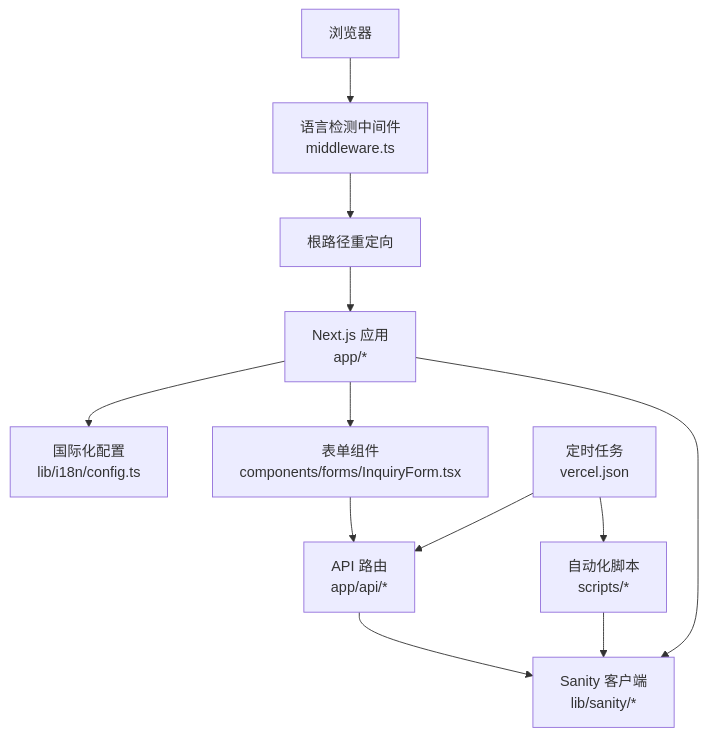
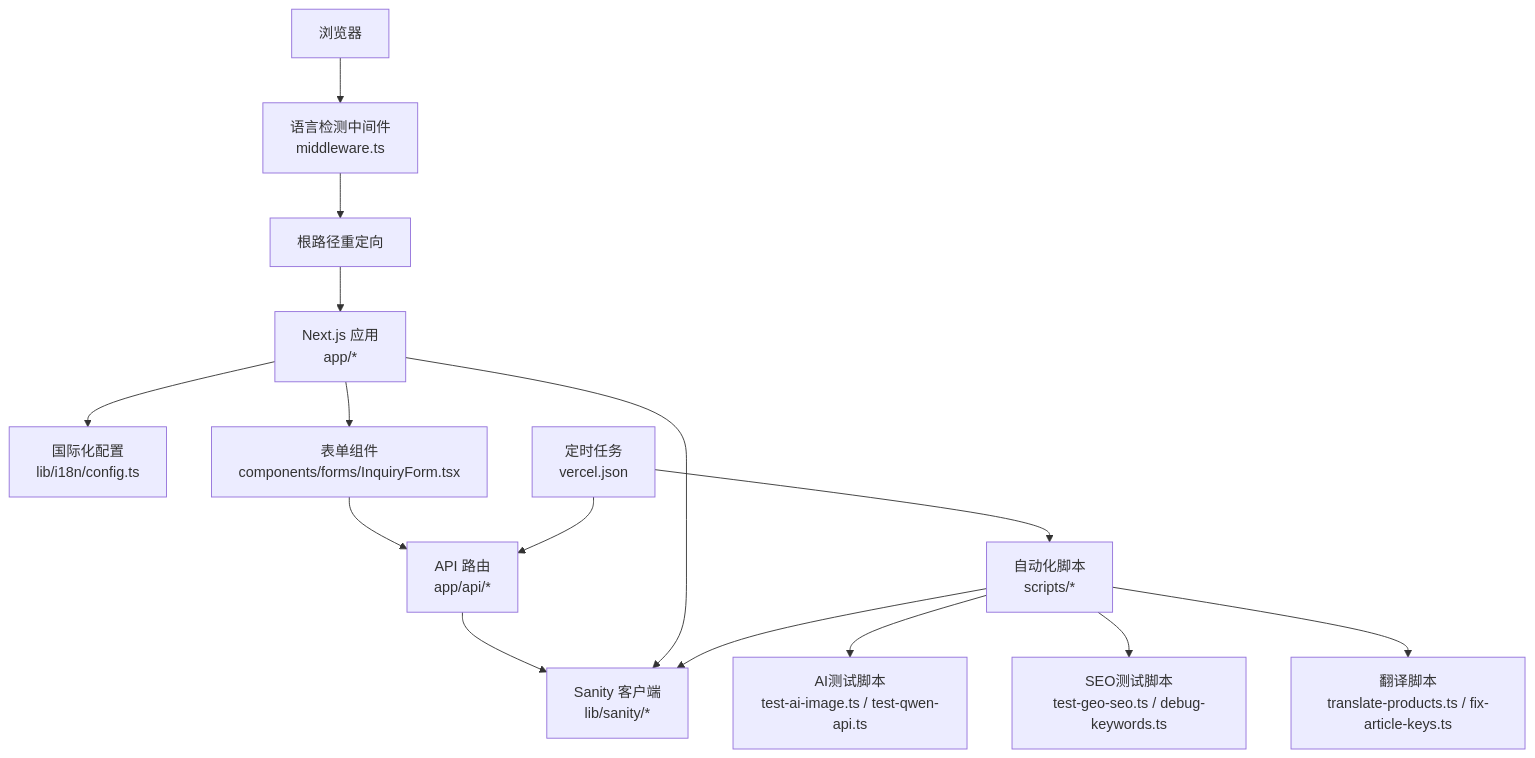
The second of 6 diagrams in .qoder/repowiki/zh/content/开发者指南.md (waltzhan/LEDTrade), drawn with Mermaid before and after one commit. The commit also changed other lines of this file and 20 other files, not shown here.

````diff
--- a/.qoder/repowiki/zh/content/开发者指南.md
+++ b/.qoder/repowiki/zh/content/开发者指南.md
@@ -97,14 +114,17 @@
 ```mermaid
 graph TB
 Browser["浏览器"] --> MW["语言检测中间件<br/>middleware.ts"]
 MW --> Root["根路径重定向"]
 Root --> App["Next.js 应用<br/>app/*"]
 App --> Intl["国际化配置<br/>lib/i18n/config.ts"]
 App --> Forms["表单组件<br/>components/forms/InquiryForm.tsx"]
 Forms --> API["API 路由<br/>app/api/*"]
 API --> Sanity["Sanity 客户端<br/>lib/sanity/*"]
 App --> Sanity
 Scripts["自动化脚本<br/>scripts/*"] --> Sanity
+Scripts --> AI["AI测试脚本<br/>test-ai-image.ts / test-qwen-api.ts"]
+Scripts --> SEO["SEO测试脚本<br/>test-geo-seo.ts / debug-keywords.ts"]
+Scripts --> Translate["翻译脚本<br/>translate-products.ts / fix-article-keys.ts"]
 Cron["定时任务<br/>vercel.json"] --> API
 Cron --> Scripts
 ```
````
